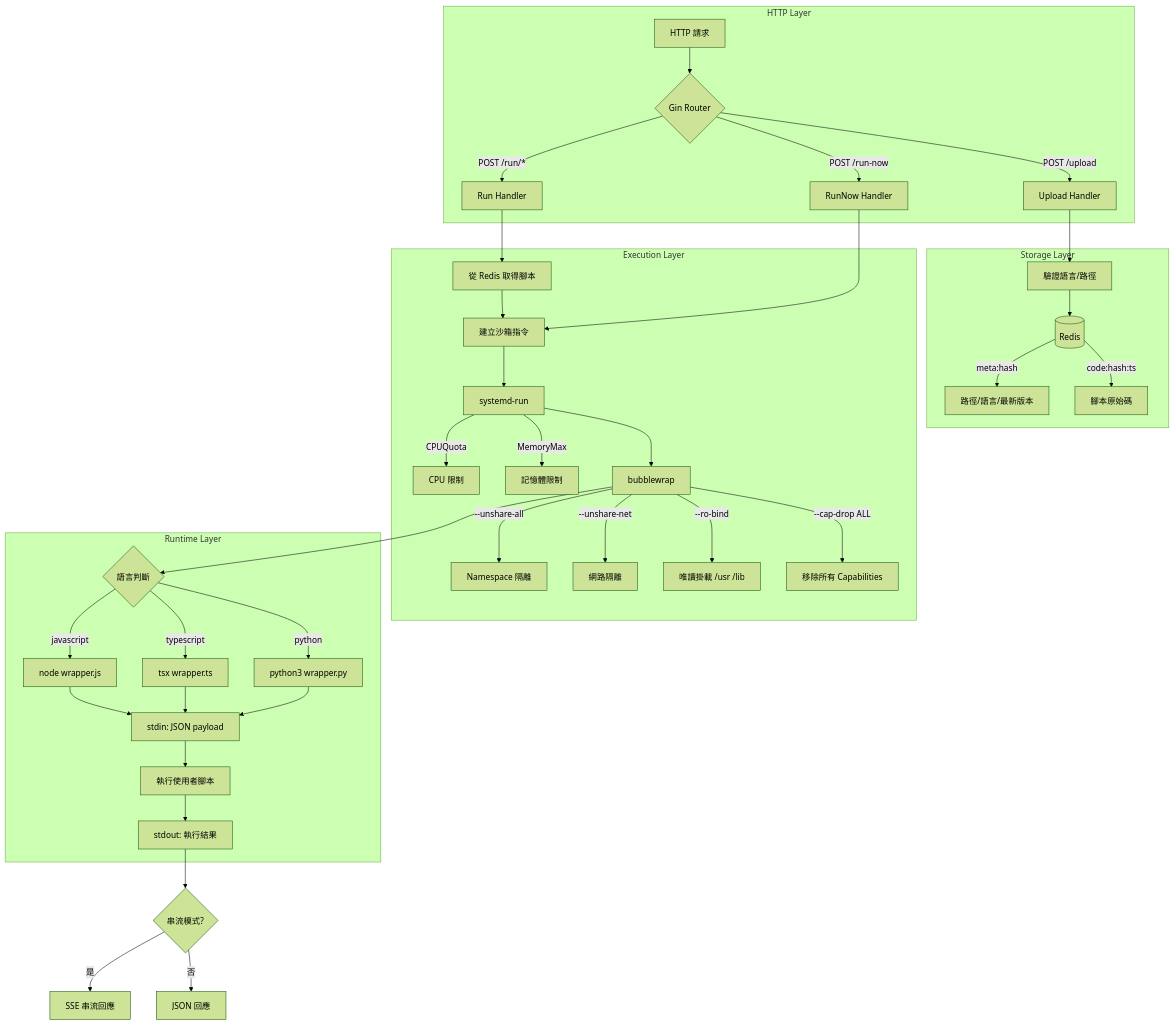
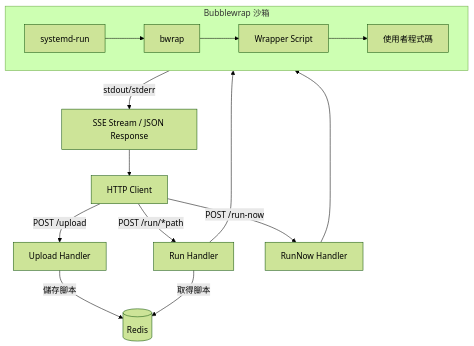
Before and after one commit to pardnchiu/go-faas: the diagram in README.zh.md, drawn with Mermaid (forest theme). The commit also changed other lines of this file and 3 other files, not shown here.

````diff
--- a/README.zh.md
+++ b/README.zh.md
@@ -37,49 +43,20 @@
 ```mermaid
-flowchart TD
-    subgraph HTTP["HTTP Layer"]
-        A[HTTP 請求] --> B{Gin Router}
-        B -->|POST /upload| C[Upload Handler]
-        B -->|POST /run/*| D[Run Handler]
-        B -->|POST /run-now| E[RunNow Handler]
+graph TB
+    Client[HTTP Client] -->|POST /upload| Upload[Upload Handler]
+    Client -->|POST /run/*path| Run[Run Handler]
+    Client -->|POST /run-now| RunNow[RunNow Handler]
+
+    Upload -->|儲存腳本| Redis[(Redis)]
+    Run -->|取得腳本| Redis
+    Run --> Sandbox
+    RunNow --> Sandbox
+
+    subgraph Sandbox[Bubblewrap 沙箱]
+        SystemdRun[systemd-run] --> Bwrap[bwrap]
+        Bwrap --> Wrapper[Wrapper Script]
+        Wrapper --> UserCode[使用者程式碼]
     end
 
-    subgraph Storage["Storage Layer"]
-        C --> F[驗證語言/路徑]
-        F --> G[(Redis)]
-        G -->|meta:hash| H[路徑/語言/最新版本]
-        G -->|code:hash:ts| I[腳本原始碼]
-    end
-
-    subgraph Execution["Execution Layer"]
-        D --> J[從 Redis 取得腳本]
-        J --> K[建立沙箱指令]
-        E --> K
-
-        K --> L[systemd-run]
-        L -->|CPUQuota| M[CPU 限制]
-        L -->|MemoryMax| N[記憶體限制]
-
-        L --> O[bubblewrap]
-        O -->|--unshare-all| P[Namespace 隔離]
-        O -->|--unshare-net| Q[網路隔離]
-        O -->|--ro-bind| R[唯讀掛載 /usr /lib]
-        O -->|--cap-drop ALL| S[移除所有 Capabilities]
-    end
-
-    subgraph Runtime["Runtime Layer"]
-        O --> T{語言判斷}
-        T -->|javascript| U[node wrapper.js]
-        T -->|typescript| V[tsx wrapper.ts]
-        T -->|python| W[python3 wrapper.py]
-
-        U --> X[stdin: JSON payload]
-        V --> X
-        W --> X
-        X --> Y[執行使用者腳本]
-        Y --> Z[stdout: 執行結果]
-    end
-
-    Z --> AA{串流模式?}
-    AA -->|是| AB[SSE 串流回應]
-    AA -->|否| AC[JSON 回應]
+    Sandbox -->|stdout/stderr| SSE[SSE Stream / JSON Response]
+    SSE --> Client
 ```
````
